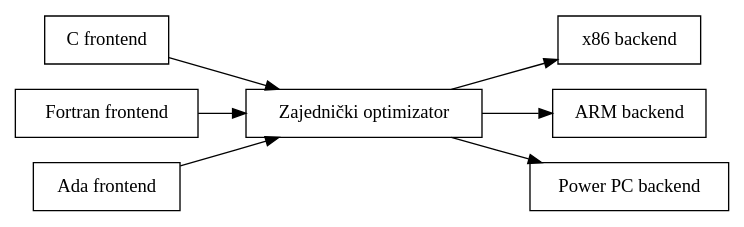
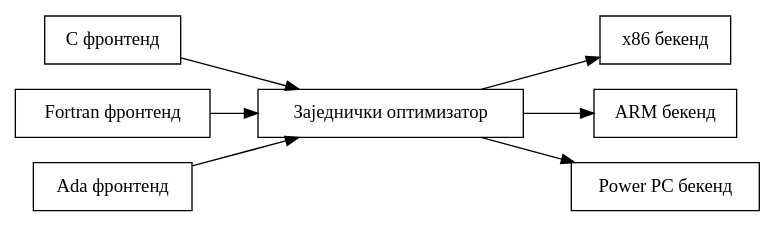
Before and after one commit to AleksaBajat/rust_compiler_msc_thesis: the diagram in assets/graphs/modern_compiler_design.dot, drawn with Graphviz. The commit also changed 3 other files, not shown here.

```diff
--- a/assets/graphs/modern_compiler_design.dot
+++ b/assets/graphs/modern_compiler_design.dot
@@ -1,34 +1,34 @@
 digraph {
     node[shape=record]
     rankdir = LR
     
 
     cFrontend[
-        label = "C frontend"
+        label = "C фронтенд"
     ]
 
     fortranFrontend[
-        label = "Fortran frontend"
+        label = "Fortran фронтенд"
     ]
 
     adaFrontend[
-        label = "Ada frontend"
+        label = "Ada фронтенд"
     ]
 
     commonOptimizer[
-        label = "Zajednički optimizator"
+        label = "Заједнички оптимизатор"
     ]
 
     x86Backend[
-        label = "x86 backend"
+        label = "x86 бекенд"
     ]
     ARMBackend[
-        label = "ARM backend"
+        label = "ARM бекенд"
     ]
     PowerPCBackend[
-        label = "Power PC backend"
+        label = "Power PC бекенд"
     ]
 
     cFrontend, fortranFrontend, adaFrontend -> commonOptimizer;
     commonOptimizer -> x86Backend, ARMBackend, PowerPCBackend
 }
```
